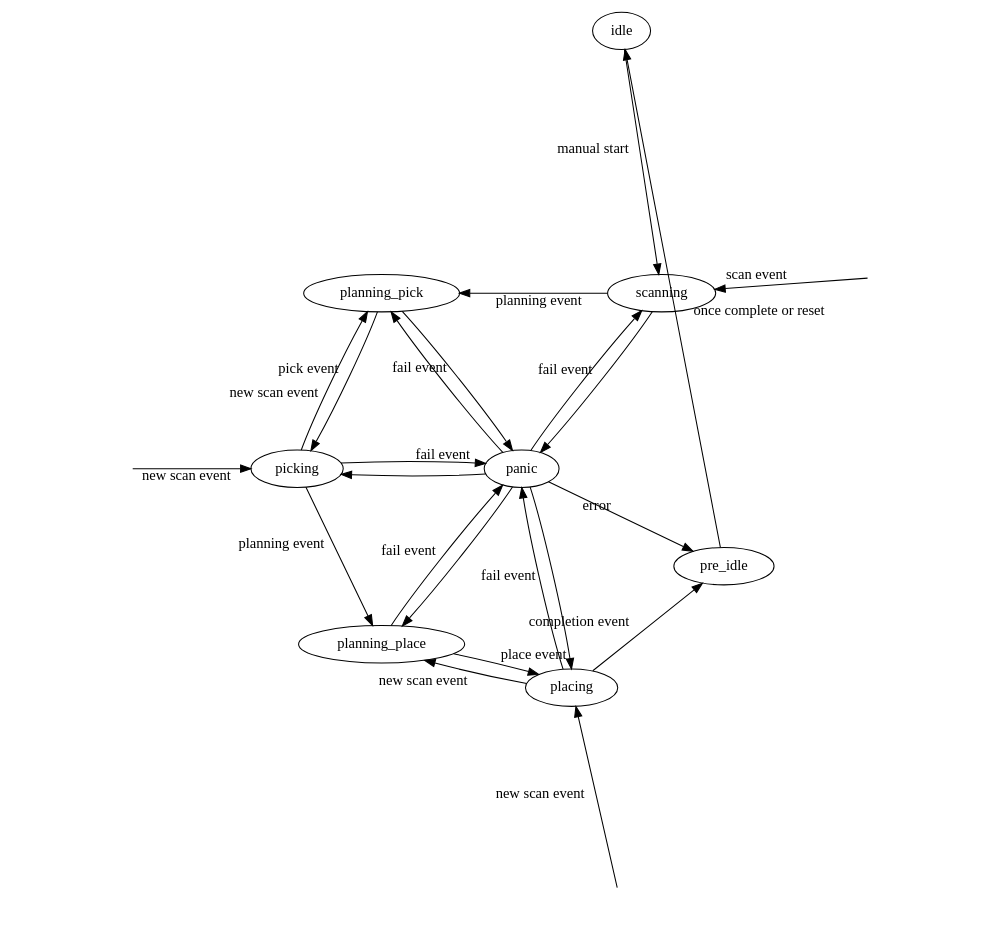
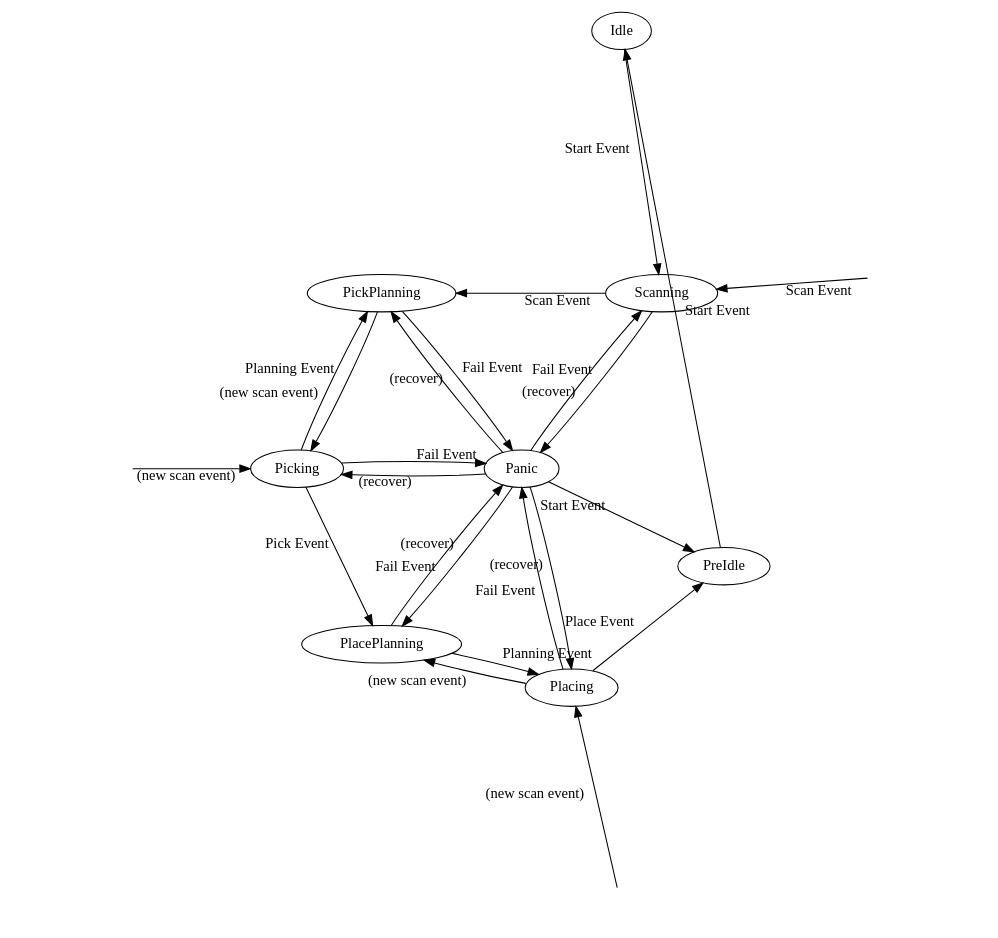
The diagram in doc/pick_and_place/pick_and_place.dot (fergian94/robot-state-machines), drawn with Graphviz before and after one commit. The commit also changed 14 other files, not shown here.

```diff
--- a/doc/pick_and_place/pick_and_place.dot
+++ b/doc/pick_and_place/pick_and_place.dot
@@ -1,38 +1,39 @@
 digraph sm {
     ranksep=3;
     ratio=auto;
     layout=twopi;
     edge [lblstyle="above, sloped"];
-    root=panic;
+    root=Panic;
     inv_node1 [label="inv_node1", style=invis];
     inv_node2 [label="inv_node2", style=invis];
     inv_node3 [label="inv_node3", style=invis];
-    idle -> scanning [label="manual start"];
-    inv_node3 -> scanning [label="scan event"];
-    scanning -> panic [label="fail event"];
-    panic -> scanning;
-    scanning -> planning_pick [label="planning event"];
-    planning_pick -> panic [label="fail event"];
-    panic -> planning_pick;
-    planning_pick -> picking [label="pick event"];
-    inv_node1 -> picking [label="new scan event"];
-    picking -> panic [label="fail event"];
-    panic -> picking;
-    picking -> planning_pick [label="new scan event"];
-    picking -> planning_place [label="planning event"];
-    planning_place -> panic [label="fail event"];
-    panic -> planning_place;
-    planning_place -> placing [label="place event"];
-    inv_node2 -> placing [label="new scan event"];
-    placing -> panic [label="fail event"];
-    panic -> placing;
-    placing -> planning_place [label="new scan event"];
-    placing -> pre_idle [label="completion event"];
-    panic -> pre_idle [label="error"];
-    pre_idle -> idle [label="once complete or reset"];
+    Idle -> Scanning [label="Start Event"];
+    inv_node3 -> Scanning [label="Scan Event"];
+    Scanning -> Panic [label="Fail Event"];
+    Panic -> Scanning [label="(recover)"];
+    Scanning -> PickPlanning [label="Scan Event"];
+    PickPlanning -> Panic [label="Fail Event"];
+    Panic -> PickPlanning [label="(recover)"];
+    PickPlanning -> Picking [label="Planning Event"];
+    inv_node1 -> Picking [label="(new scan event)"];
+    Picking -> Panic [label="Fail Event"];
+    Panic -> Picking [label="(recover)"];
+    Picking -> PickPlanning [label="(new scan event)"];
+    Picking -> PlacePlanning [label="Pick Event"];
+    PlacePlanning -> Panic [label="Fail Event"];
+    Panic -> PlacePlanning [label="(recover)"];
+    PlacePlanning -> Placing [label="Planning Event"];
+    inv_node2 -> Placing [label="(new scan event)"];
+    Placing -> Panic [label="Fail Event"];
+    Panic -> Placing [label="(recover)"];
+    Placing -> PlacePlanning [label="(new scan event)"];
+    Placing -> PreIdle [label="Place Event"];
+    Panic -> PreIdle [label="Start Event"];
+    PreIdle -> Idle [label="Start Event"];
 }
 
-/* To compile, pass through latex and then generate a pdf
-dot2tex --tikzedgelabel --autosize --crop sm.gv > sm.tex
-pdflatex sm.tex
+/* To compile, pass through latex, then generate a pdf, then a png for the documentation
+$ dot2tex --tikzedgelabel --autosize --crop pick_and_place.dot > pick_and_place.tex
+$ pdflatex pick_and_place.tex
+$ pdftoppm pick_and_place.pdf pick_and_place -png
 */
```
